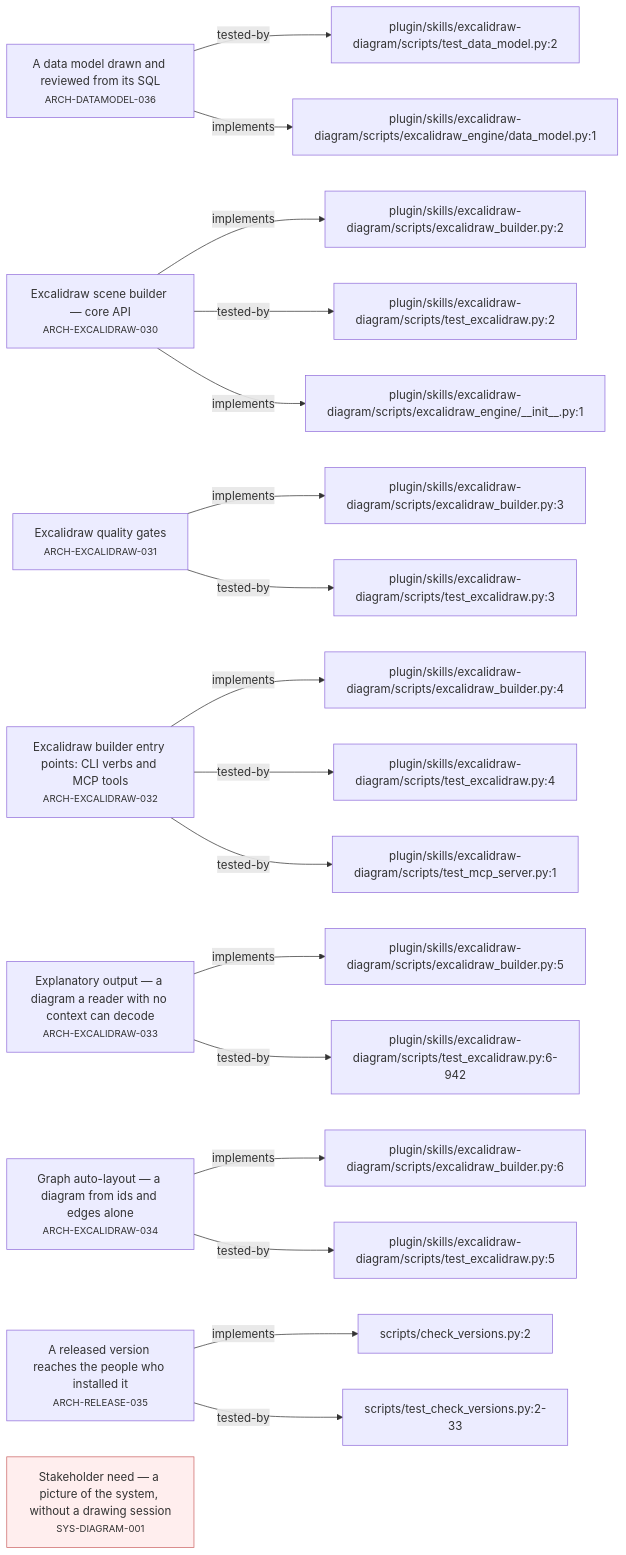
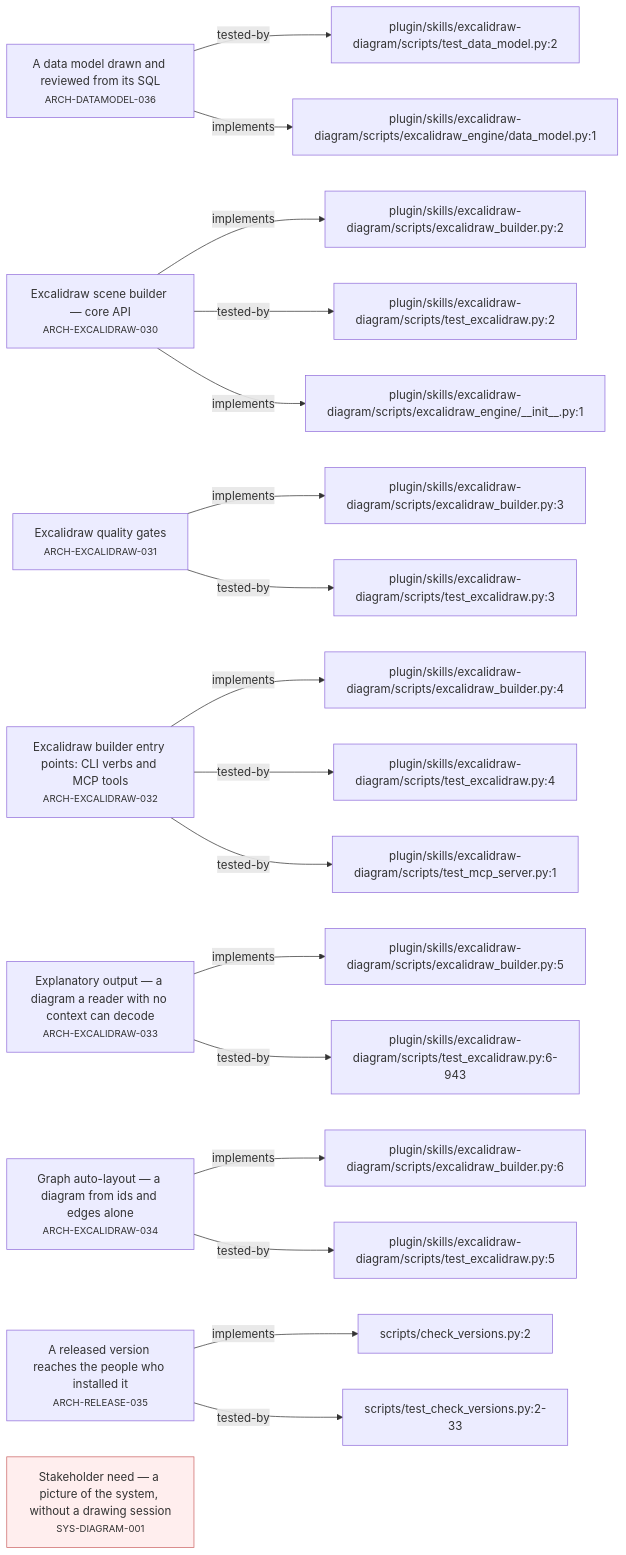
The second of 4 diagrams in requirements/_map.md (alxmax/excalidraw-diagram), drawn with Mermaid before and after one commit. The commit also changed other lines of this file and 16 other files, not shown here.

````diff
--- a/requirements/_map.md
+++ b/requirements/_map.md
@@ -71,44 +73,44 @@
 ```mermaid
 graph LR
   ARCH_DATAMODEL_036["A data model drawn and reviewed from its SQL<br><small>ARCH-DATAMODEL-036</small>"]
   f_plugin_skills_excalidraw_diagram_scripts_test_data_model_py_2["plugin/skills/excalidraw-diagram/scripts/test_data_model.py:2"]
   ARCH_DATAMODEL_036 -->|tested-by| f_plugin_skills_excalidraw_diagram_scripts_test_data_model_py_2
   f_plugin_skills_excalidraw_diagram_scripts_excalidraw_engine_data_model_py_1["plugin/skills/excalidraw-diagram/scripts/excalidraw_engine/data_model.py:1"]
   ARCH_DATAMODEL_036 -->|implements| f_plugin_skills_excalidraw_diagram_scripts_excalidraw_engine_data_model_py_1
   ARCH_EXCALIDRAW_030["Excalidraw scene builder — core API<br><small>ARCH-EXCALIDRAW-030</small>"]
   f_plugin_skills_excalidraw_diagram_scripts_excalidraw_builder_py_2["plugin/skills/excalidraw-diagram/scripts/excalidraw_builder.py:2"]
   ARCH_EXCALIDRAW_030 -->|implements| f_plugin_skills_excalidraw_diagram_scripts_excalidraw_builder_py_2
   f_plugin_skills_excalidraw_diagram_scripts_test_excalidraw_py_2["plugin/skills/excalidraw-diagram/scripts/test_excalidraw.py:2"]
   ARCH_EXCALIDRAW_030 -->|tested-by| f_plugin_skills_excalidraw_diagram_scripts_test_excalidraw_py_2
   f_plugin_skills_excalidraw_diagram_scripts_excalidraw_engine___init___py_1["plugin/skills/excalidraw-diagram/scripts/excalidraw_engine/__init__.py:1"]
   ARCH_EXCALIDRAW_030 -->|implements| f_plugin_skills_excalidraw_diagram_scripts_excalidraw_engine___init___py_1
   ARCH_EXCALIDRAW_031["Excalidraw quality gates<br><small>ARCH-EXCALIDRAW-031</small>"]
   f_plugin_skills_excalidraw_diagram_scripts_excalidraw_builder_py_3["plugin/skills/excalidraw-diagram/scripts/excalidraw_builder.py:3"]
   ARCH_EXCALIDRAW_031 -->|implements| f_plugin_skills_excalidraw_diagram_scripts_excalidraw_builder_py_3
   f_plugin_skills_excalidraw_diagram_scripts_test_excalidraw_py_3["plugin/skills/excalidraw-diagram/scripts/test_excalidraw.py:3"]
   ARCH_EXCALIDRAW_031 -->|tested-by| f_plugin_skills_excalidraw_diagram_scripts_test_excalidraw_py_3
   ARCH_EXCALIDRAW_032["Excalidraw builder entry points: CLI verbs and MCP tools<br><small>ARCH-EXCALIDRAW-032</small>"]
   f_plugin_skills_excalidraw_diagram_scripts_excalidraw_builder_py_4["plugin/skills/excalidraw-diagram/scripts/excalidraw_builder.py:4"]
   ARCH_EXCALIDRAW_032 -->|implements| f_plugin_skills_excalidraw_diagram_scripts_excalidraw_builder_py_4
   f_plugin_skills_excalidraw_diagram_scripts_test_excalidraw_py_4["plugin/skills/excalidraw-diagram/scripts/test_excalidraw.py:4"]
   ARCH_EXCALIDRAW_032 -->|tested-by| f_plugin_skills_excalidraw_diagram_scripts_test_excalidraw_py_4
   f_plugin_skills_excalidraw_diagram_scripts_test_mcp_server_py_1["plugin/skills/excalidraw-diagram/scripts/test_mcp_server.py:1"]
   ARCH_EXCALIDRAW_032 -->|tested-by| f_plugin_skills_excalidraw_diagram_scripts_test_mcp_server_py_1
   ARCH_EXCALIDRAW_033["Explanatory output — a diagram a reader with no context can decode<br><small>ARCH-EXCALIDRAW-033</small>"]
   f_plugin_skills_excalidraw_diagram_scripts_excalidraw_builder_py_5["plugin/skills/excalidraw-diagram/scripts/excalidraw_builder.py:5"]
   ARCH_EXCALIDRAW_033 -->|implements| f_plugin_skills_excalidraw_diagram_scripts_excalidraw_builder_py_5
-  f_plugin_skills_excalidraw_diagram_scripts_test_excalidraw_py_6_942["plugin/skills/excalidraw-diagram/scripts/test_excalidraw.py:6-942"]
-  ARCH_EXCALIDRAW_033 -->|tested-by| f_plugin_skills_excalidraw_diagram_scripts_test_excalidraw_py_6_942
+  f_plugin_skills_excalidraw_diagram_scripts_test_excalidraw_py_6_943["plugin/skills/excalidraw-diagram/scripts/test_excalidraw.py:6-943"]
+  ARCH_EXCALIDRAW_033 -->|tested-by| f_plugin_skills_excalidraw_diagram_scripts_test_excalidraw_py_6_943
   ARCH_EXCALIDRAW_034["Graph auto-layout — a diagram from ids and edges alone<br><small>ARCH-EXCALIDRAW-034</small>"]
   f_plugin_skills_excalidraw_diagram_scripts_excalidraw_builder_py_6["plugin/skills/excalidraw-diagram/scripts/excalidraw_builder.py:6"]
   ARCH_EXCALIDRAW_034 -->|implements| f_plugin_skills_excalidraw_diagram_scripts_excalidraw_builder_py_6
   f_plugin_skills_excalidraw_diagram_scripts_test_excalidraw_py_5["plugin/skills/excalidraw-diagram/scripts/test_excalidraw.py:5"]
   ARCH_EXCALIDRAW_034 -->|tested-by| f_plugin_skills_excalidraw_diagram_scripts_test_excalidraw_py_5
   ARCH_RELEASE_035["A released version reaches the people who installed it<br><small>ARCH-RELEASE-035</small>"]
   f_scripts_check_versions_py_2["scripts/check_versions.py:2"]
   ARCH_RELEASE_035 -->|implements| f_scripts_check_versions_py_2
   f_scripts_test_check_versions_py_2_33["scripts/test_check_versions.py:2-33"]
   ARCH_RELEASE_035 -->|tested-by| f_scripts_test_check_versions_py_2_33
   SYS_DIAGRAM_001["Stakeholder need — a picture of the system, without a drawing session<br><small>SYS-DIAGRAM-001</small>"]
   style SYS_DIAGRAM_001 fill:#fee,stroke:#c66
 ```
````
